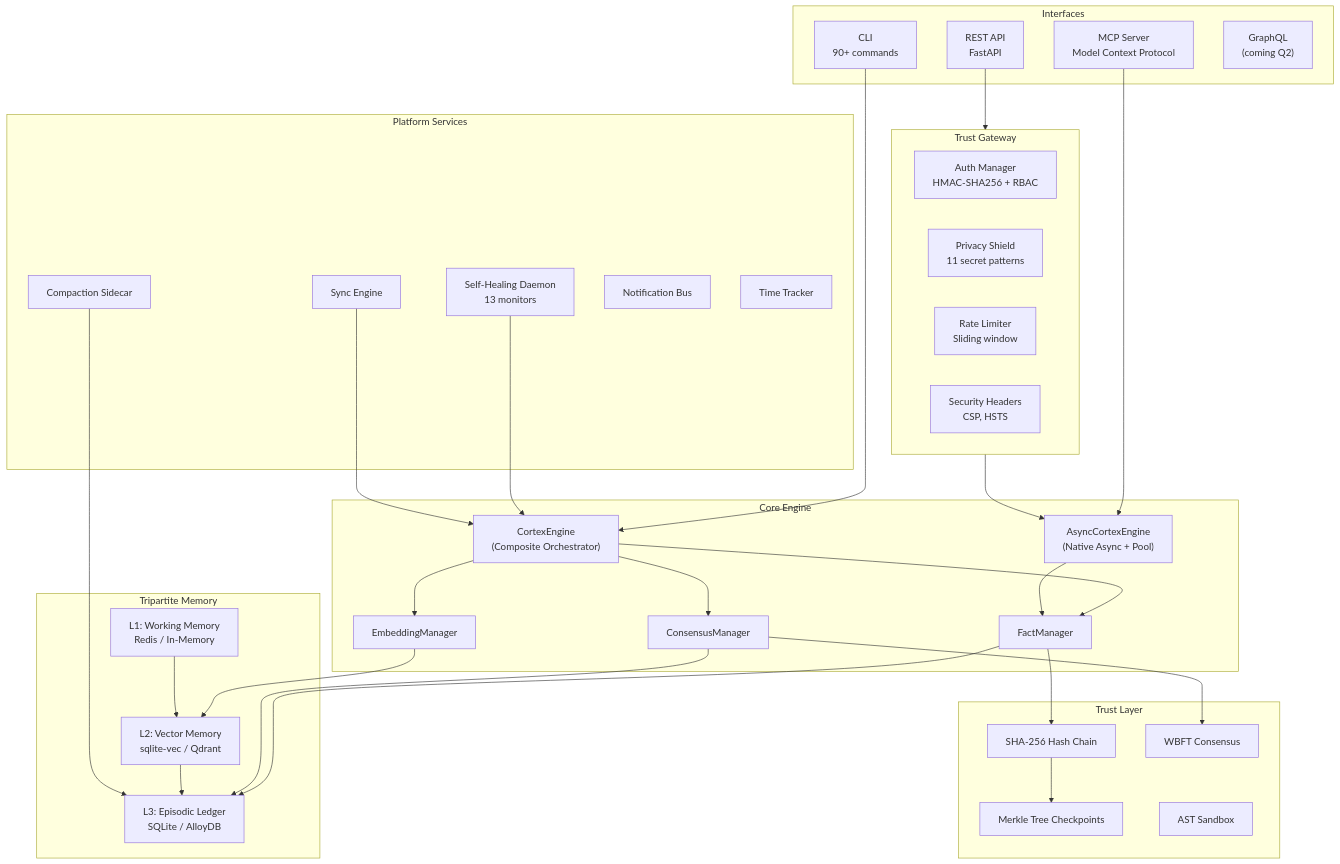
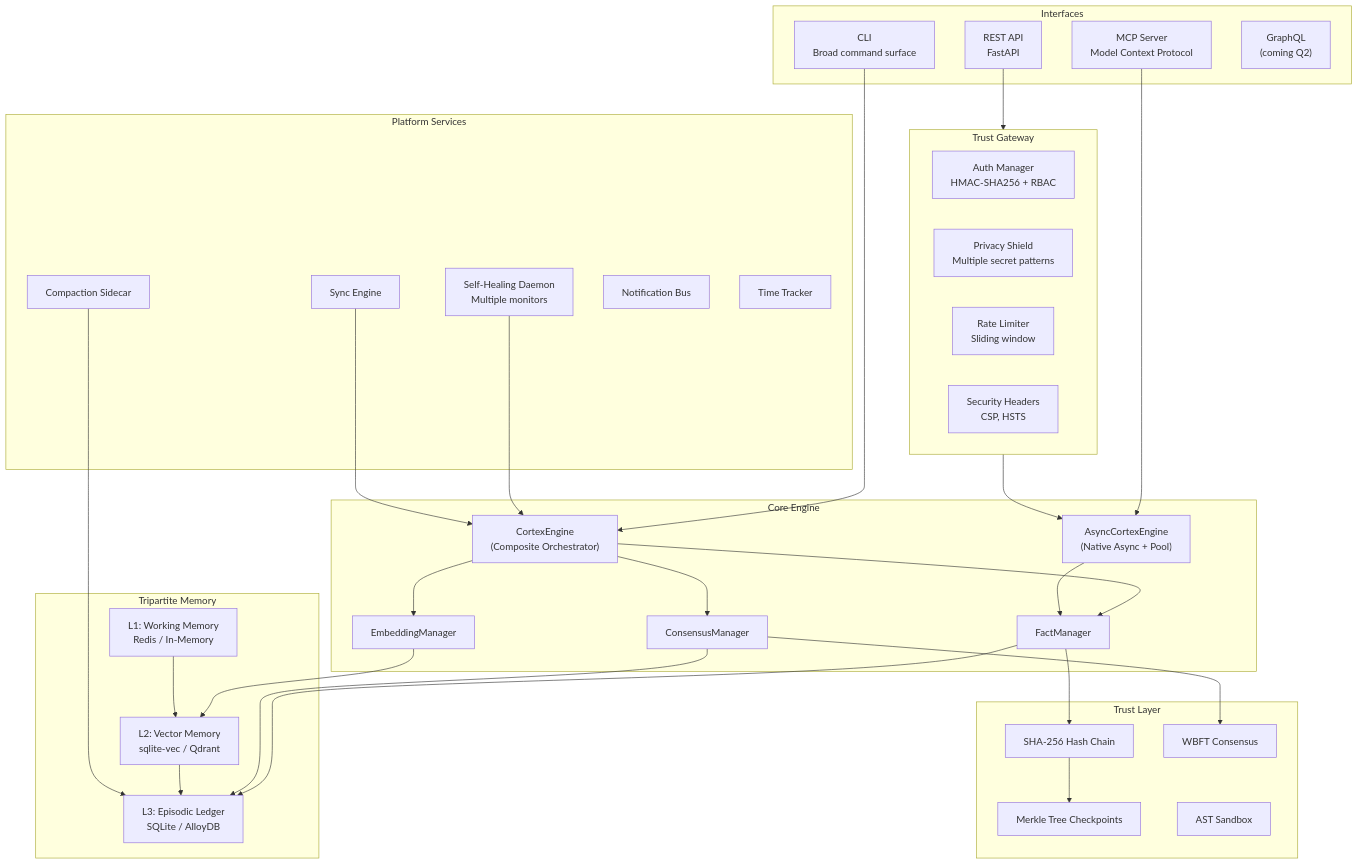
The first of 5 diagrams in docs/architecture.md (borjamoskv/babylon-60), drawn with Mermaid before and after one commit. The commit also changed other lines of this file and 20 other files, not shown here.

Commit message:
docs: align current trust and architecture surfaces

````diff
--- a/docs/architecture.md
+++ b/docs/architecture.md
@@ -14,67 +22,67 @@
 ```mermaid
 graph TB
     subgraph Interfaces
-        CLI["CLI<br/>90+ commands"]
+        CLI["CLI<br/>Broad command surface"]
         API["REST API<br/>FastAPI"]
         MCP["MCP Server<br/>Model Context Protocol"]
         GraphQL["GraphQL<br/>(coming Q2)"]
     end
 
     subgraph Gateway["Trust Gateway"]
         Auth["Auth Manager<br/>HMAC-SHA256 + RBAC"]
-        Privacy["Privacy Shield<br/>11 secret patterns"]
+        Privacy["Privacy Shield<br/>Multiple secret patterns"]
         RateLimit["Rate Limiter<br/>Sliding window"]
         Security["Security Headers<br/>CSP, HSTS"]
     end
 
     subgraph Engine["Core Engine"]
         CortexEngine["CortexEngine<br/>(Composite Orchestrator)"]
         AsyncEngine["AsyncCortexEngine<br/>(Native Async + Pool)"]
         FactManager["FactManager"]
         EmbeddingManager["EmbeddingManager"]
         ConsensusManager["ConsensusManager"]
     end
 
     subgraph Memory["Tripartite Memory"]
         L1["L1: Working Memory<br/>Redis / In-Memory"]
         L2["L2: Vector Memory<br/>sqlite-vec / Qdrant"]
         L3["L3: Episodic Ledger<br/>SQLite / AlloyDB"]
     end
 
     subgraph Trust["Trust Layer"]
         Ledger["SHA-256 Hash Chain"]
         Merkle["Merkle Tree Checkpoints"]
         Consensus["WBFT Consensus"]
         Sandbox["AST Sandbox"]
     end
 
     subgraph Services["Platform Services"]
-        Daemon["Self-Healing Daemon<br/>13 monitors"]
+        Daemon["Self-Healing Daemon<br/>Multiple monitors"]
         Compactor["Compaction Sidecar"]
         Sync["Sync Engine"]
         Notifications["Notification Bus"]
         Timing["Time Tracker"]
     end
 
     CLI --> CortexEngine
     API --> Gateway --> AsyncEngine
     MCP --> AsyncEngine
 
     CortexEngine --> FactManager
     CortexEngine --> EmbeddingManager
     CortexEngine --> ConsensusManager
     AsyncEngine --> FactManager
 
     FactManager --> L3
     EmbeddingManager --> L2
     ConsensusManager --> L3
     L1 --> L2 --> L3
 
     FactManager --> Ledger
     Ledger --> Merkle
     ConsensusManager --> Consensus
 
     Daemon --> CortexEngine
     Compactor --> L3
     Sync --> CortexEngine
 ```
````
